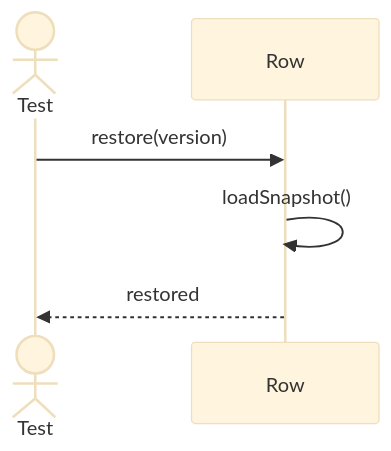
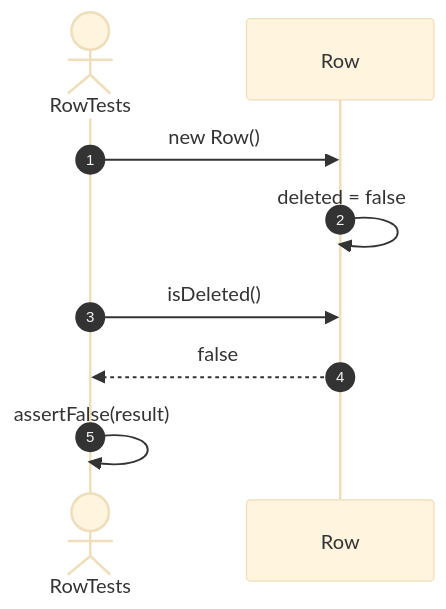
The fifth of 33 diagrams in src/tests/unit/metadata/sequences/rows-testing.se.md (FhuAnn/-bbv-AN-s-DBMS), drawn with Mermaid (base theme) before and after one commit. The commit also changed other lines of this file and 60 other files, not shown here.

Commit message:
refactor data table, row, column, constraint, index test file

````diff
--- a/src/tests/unit/metadata/sequences/rows-testing.se.md
+++ b/src/tests/unit/metadata/sequences/rows-testing.se.md
@@ -75,11 +126,16 @@
 ```mermaid
 sequenceDiagram
-actor Test
-participant Row
+    autonumber
 
-Test->>Row: restore(version)
+    actor Test as RowTests
+    participant Row as Row
 
-Row->>Row: loadSnapshot()
+    Test->>Row: new Row()
 
-Row-->>Test: restored
+    Row->>Row: deleted = false
+
+    Test->>Row: isDeleted()
+    Row-->>Test: false
+
+    Test->>Test: assertFalse(result)
 ```
````
